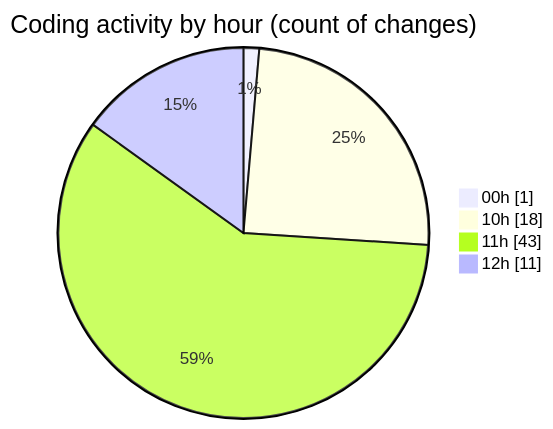
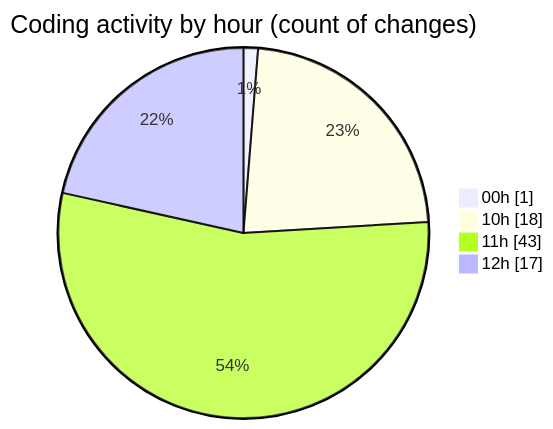
Before and after one commit to Ritupan-Deka/code-tracking: the second of 2 diagrams in 2025-07-08/urlwebwala_intership_work/README.md, drawn with Mermaid. The commit also changed other lines of this file and 1 other file, not shown here.

````diff
--- a/2025-07-08/urlwebwala_intership_work/README.md
+++ b/2025-07-08/urlwebwala_intership_work/README.md
@@ -30,8 +30,8 @@
 ```mermaid
 pie showData
 title Coding activity by hour (count of changes)
 "00h" : 1
 "10h" : 18
 "11h" : 43
-"12h" : 11
+"12h" : 17
 ```
````
